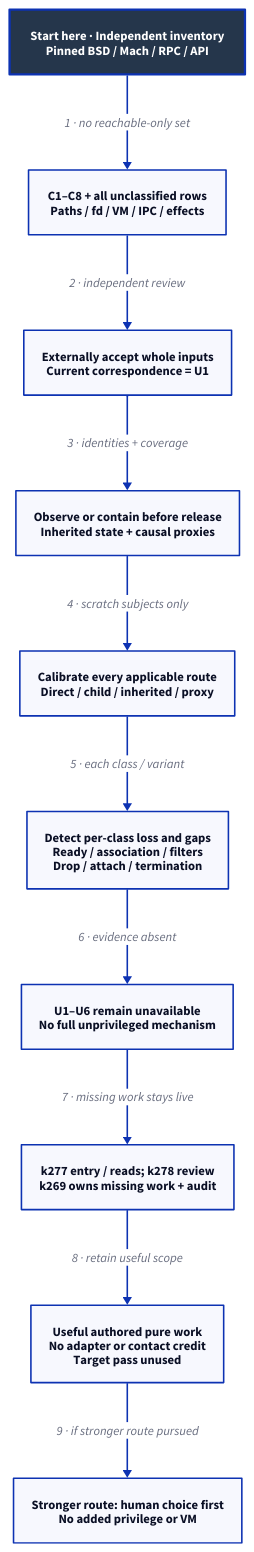
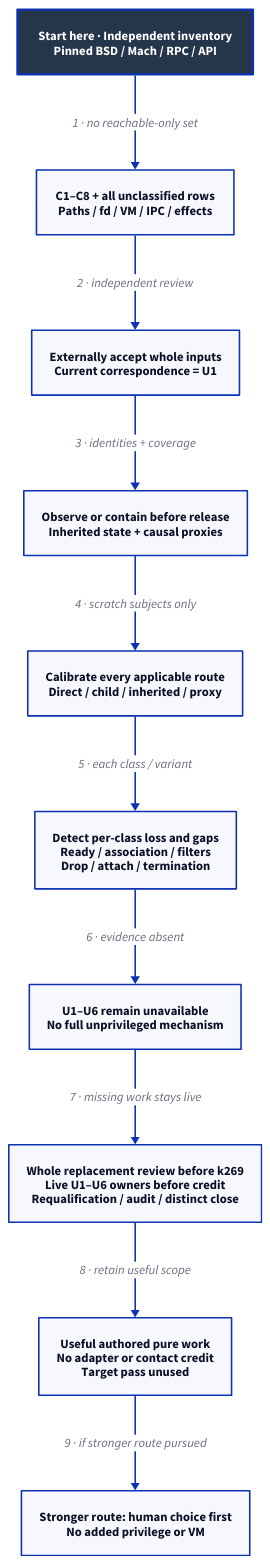
One commit to Linkuistics/Koine changed the diagram in docs/design/architecture/native-reference-contact.d2. Above: the diagram before and after it, drawn with D2. The commit also changed 48 other files, not shown here.

```diff
--- a/docs/design/architecture/native-reference-contact.d2
+++ b/docs/design/architecture/native-reference-contact.d2
@@ -1,24 +1,24 @@
 # Source-based full boundary; no collector, runtime correspondence or controls qualified.
 direction: down
 classes: {
   start: {style: {fill: "#25364B"; font-color: "#FFFFFF"; bold: true; stroke-width: 3}}
 }
 Start: "Start here · Independent inventory\nPinned BSD / Mach / RPC / API" {class: start}
 Required: "C1–C8 + all unclassified rows\nPaths / fd / VM / IPC / effects"
 Approval: "Externally accept whole inputs\nCurrent correspondence = U1"
 Boundary: "Observe or contain before release\nInherited state + causal proxies"
 Controls: "Calibrate every applicable route\nDirect / child / inherited / proxy"
 Loss: "Detect per-class loss and gaps\nReady / association / filters\nDrop / attach / termination"
 Unavailable: "U1–U6 remain unavailable\nNo full unprivileged mechanism"
-Owners: "k277 entry / reads; k278 review\nk269 owns missing work + audit"
+Owners: "Whole replacement review before k269\nLive U1–U6 owners before credit\nRequalification / audit / distinct close"
 Pure: "Useful authored pure work\nNo adapter or contact credit\nTarget pass unused"
 Decision: "Stronger route: human choice first\nNo added privilege or VM"
 Start -> Required: "1 · no reachable-only set"
 Required -> Approval: "2 · independent review"
 Approval -> Boundary: "3 · identities + coverage"
 Boundary -> Controls: "4 · scratch subjects only"
 Controls -> Loss: "5 · each class / variant"
 Loss -> Unavailable: "6 · evidence absent"
 Unavailable -> Owners: "7 · missing work stays live"
 Owners -> Pure: "8 · retain useful scope"
 Pure -> Decision: "9 · if stronger route pursued"
```
